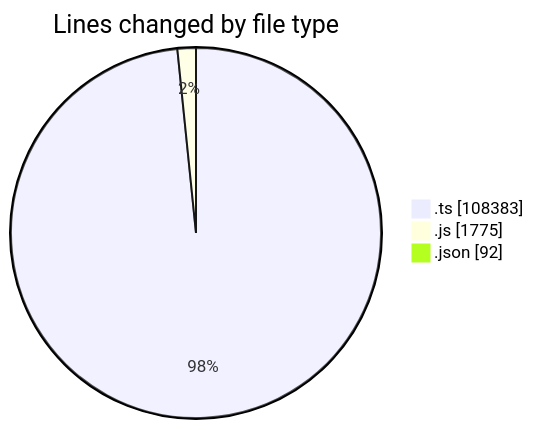
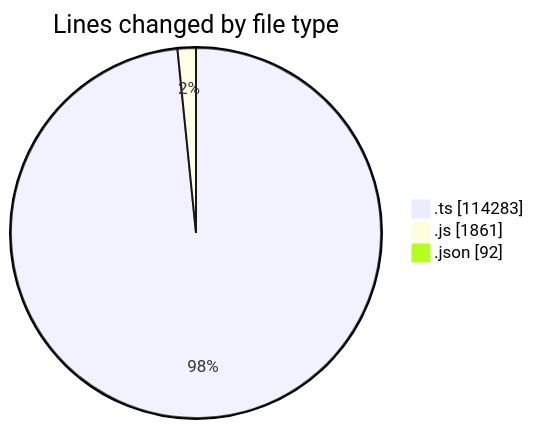
Before and after one commit to momahboobian/code-tracking: the first of 2 diagrams in 2025-09-29/cda/README.md, drawn with Mermaid. The commit also changed other lines of this file and 1 other file, not shown here.

````diff
--- a/2025-09-29/cda/README.md
+++ b/2025-09-29/cda/README.md
@@ -42,7 +42,7 @@
 ```mermaid
 pie showData
 title Lines changed by file type
-".ts" : 108383
-".js" : 1775
+".ts" : 114283
+".js" : 1861
 ".json" : 92
 ```
````
